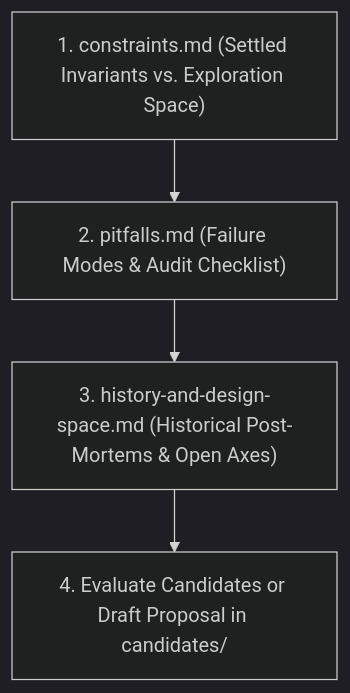
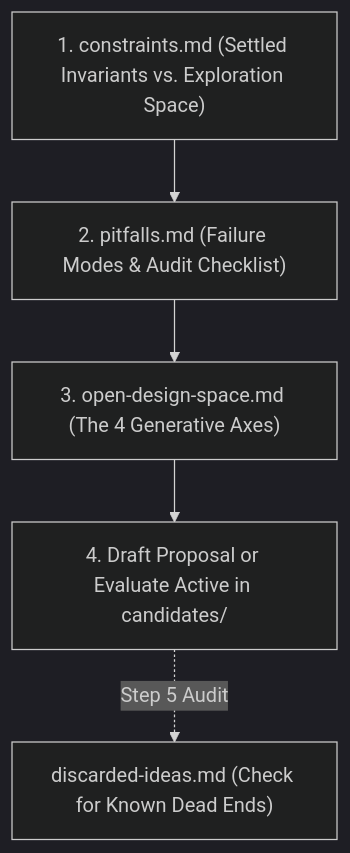
Before and after one commit to tdimiduk/cardpg: the diagram in design/iteration/resolution/README.md, drawn with Mermaid (dark theme). The commit also changed other lines of this file and 16 other files, not shown here.

Commit message:
re-organize discarded ideas

````diff
--- a/design/iteration/resolution/README.md
+++ b/design/iteration/resolution/README.md
@@ -27,6 +27,7 @@
 ```mermaid
 flowchart TD
     A["1. constraints.md (Settled Invariants vs. Exploration Space)"] --> B["2. pitfalls.md (Failure Modes & Audit Checklist)"]
-    B --> C["3. history-and-design-space.md (Historical Post-Mortems & Open Axes)"]
-    C --> D["4. Evaluate Candidates or Draft Proposal in candidates/"]
+    B --> C["3. open-design-space.md (The 4 Generative Axes)"]
+    C --> D["4. Draft Proposal or Evaluate Active in candidates/"]
+    D -.->|Step 5 Audit| E["discarded-ideas.md (Check for Known Dead Ends)"]
 ```
````
